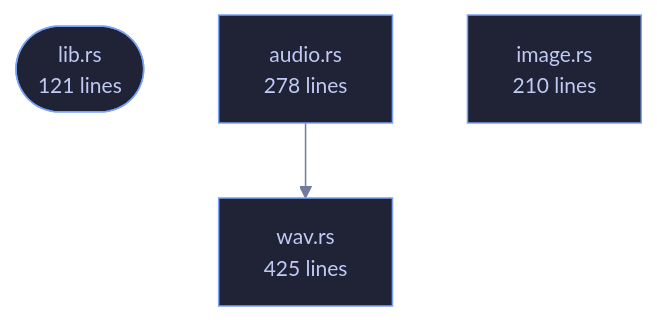
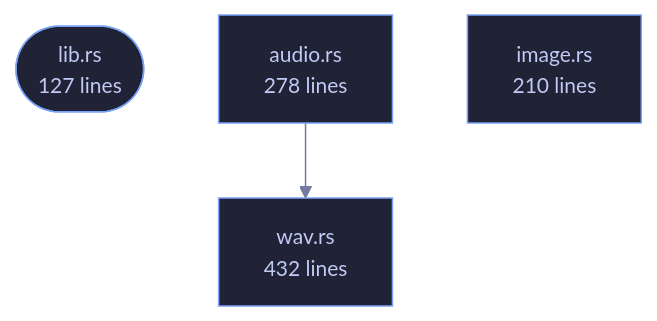
Before and after one commit to tilas01/veilvoice: the diagram in crates/veilvoice-meta/README.md, drawn with Mermaid. The commit also changed other lines of this file and 130 other files, not shown here.

````diff
--- a/crates/veilvoice-meta/README.md
+++ b/crates/veilvoice-meta/README.md
@@ -83,13 +83,13 @@
 ```mermaid
 %%{init: {"theme":"base","themeVariables":{"background":"#1a1b26","primaryColor":"#1f2335","primaryTextColor":"#c0caf5","primaryBorderColor":"#7aa2f7","secondaryColor":"#16161e","tertiaryColor":"#16161e","lineColor":"#737aa2","textColor":"#c0caf5","mainBkg":"#1f2335","nodeBorder":"#7aa2f7","clusterBkg":"#16161e","clusterBorder":"#2f3549","fontFamily":"ui-monospace, SFMono-Regular, Consolas, monospace","fontSize":"14px"}}}%%
 flowchart TD
-    n_lib(["lib.rs<br/>121 lines"])
+    n_lib(["lib.rs<br/>127 lines"])
     n_audio["audio.rs<br/>278 lines"]
     n_image["image.rs<br/>210 lines"]
-    n_wav["wav.rs<br/>425 lines"]
+    n_wav["wav.rs<br/>432 lines"]
     n_audio --> n_wav
     click n_lib href "https://github.com/tilas01/veilvoice/blob/main/crates/veilvoice-meta/src/lib.rs" "open the source"
     click n_audio href "https://github.com/tilas01/veilvoice/blob/main/crates/veilvoice-meta/src/audio.rs" "open the source"
     click n_image href "https://github.com/tilas01/veilvoice/blob/main/crates/veilvoice-meta/src/image.rs" "open the source"
     click n_wav href "https://github.com/tilas01/veilvoice/blob/main/crates/veilvoice-meta/src/wav.rs" "open the source"
 ```
````
